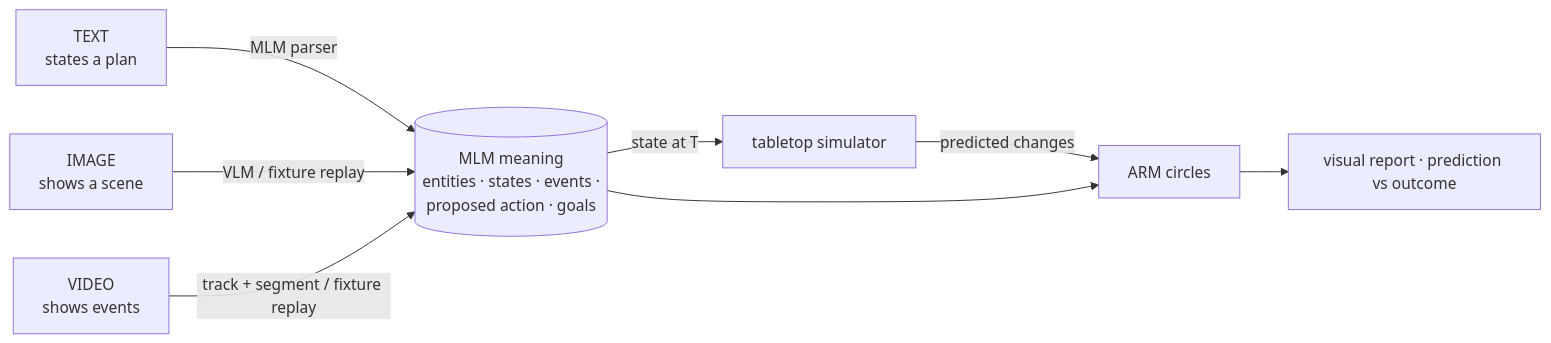
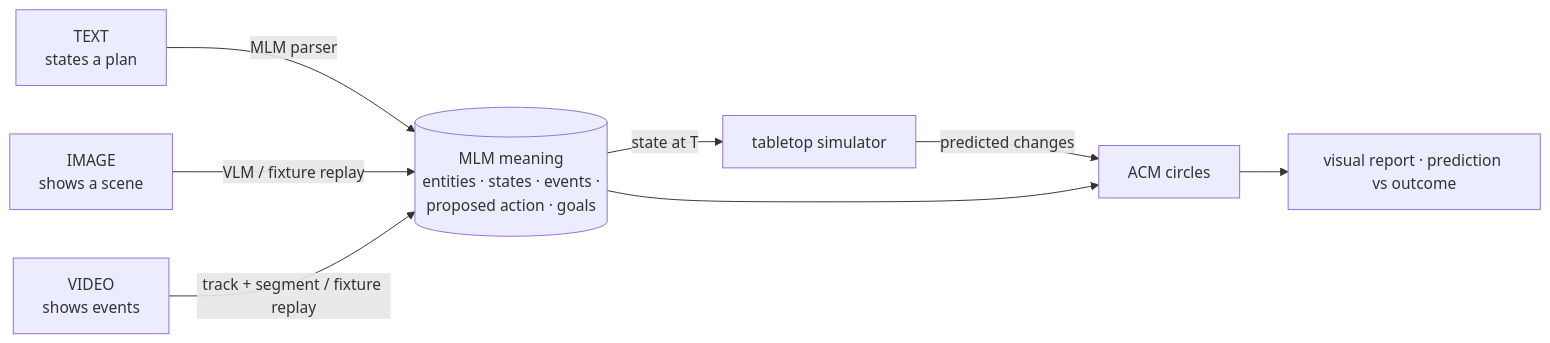
Before and after one commit to Sherlock2019/ACM: diagram 16 of 17 in README.md, drawn with Mermaid. The commit also changed other lines of this file and 27 other files, not shown here.

First line of the commit message:
ACM scene engine: a situation as a structured script, its consequences and next scenes

````diff
--- a/README.md
+++ b/README.md
@@ -846,10 +1118,10 @@
 ```mermaid
 flowchart LR
   T[TEXT<br/>states a plan] -->|MLM parser| M[(MLM meaning<br/>entities · states · events ·<br/>proposed action · goals)]
   I[IMAGE<br/>shows a scene] -->|VLM / fixture replay| M
   V[VIDEO<br/>shows events] -->|track + segment / fixture replay| M
   M -->|state at T| S[tabletop simulator]
-  S -->|predicted changes| A[ARM circles]
+  S -->|predicted changes| A[ACM circles]
   M --> A
   A --> R[visual report · prediction vs outcome]
 ```
````
